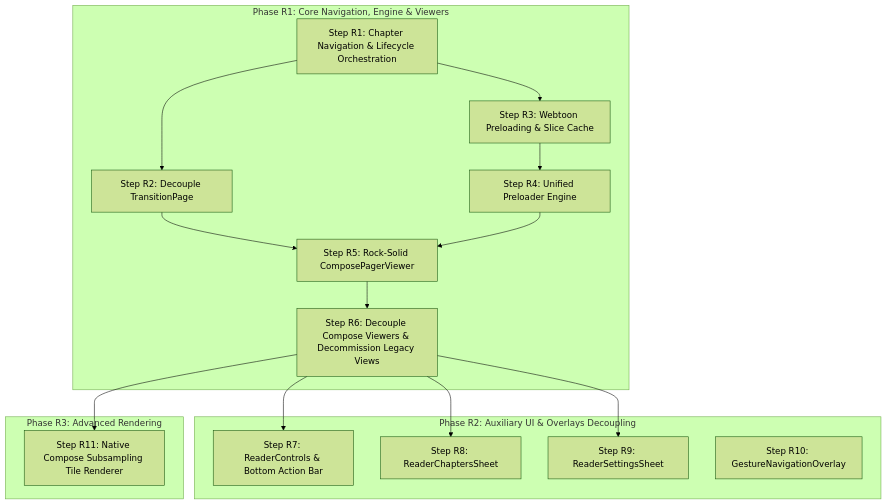
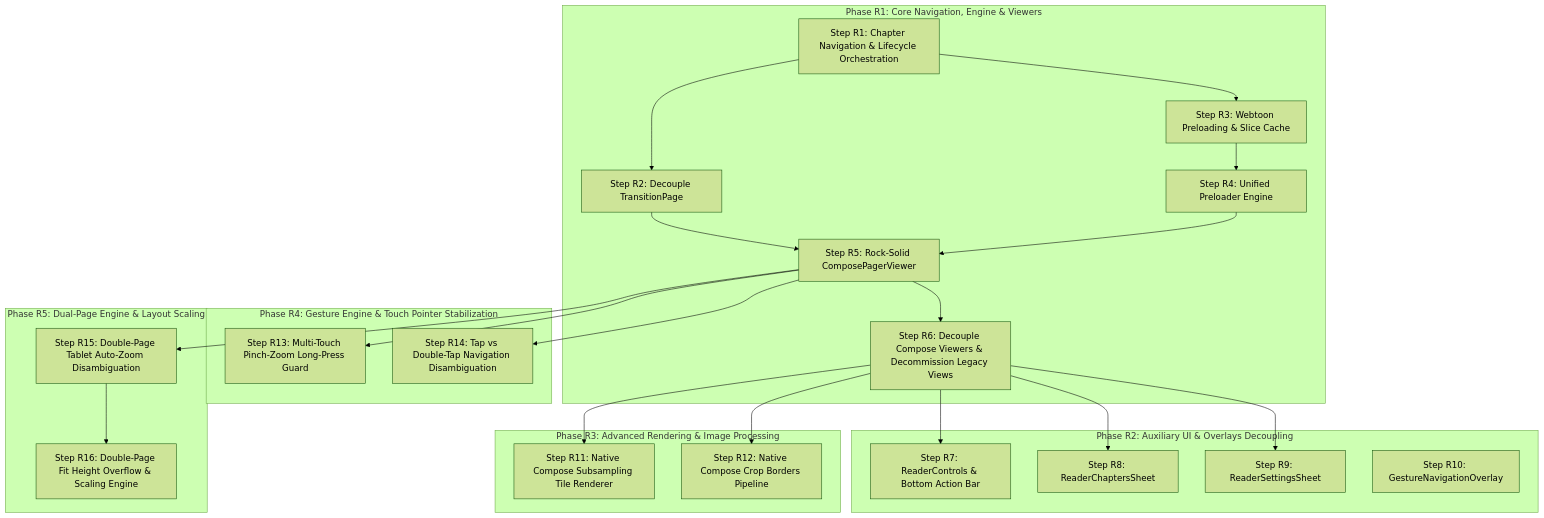
Before and after one commit to nekomangaorg/Neko: the first of 2 diagrams in docs/proposals/README.md, drawn with Mermaid (forest theme). The commit also changed other lines of this file and 31 other files, not shown here.

````diff
--- a/docs/proposals/README.md
+++ b/docs/proposals/README.md
@@ -20,33 +20,49 @@
 ```mermaid
 flowchart TD
     subgraph PR1["Phase R1: Core Navigation, Engine & Viewers"]
         R1["Step R1: Chapter Navigation & Lifecycle Orchestration"]
         R2["Step R2: Decouple TransitionPage"]
         R3["Step R3: Webtoon Preloading & Slice Cache"]
         R4["Step R4: Unified Preloader Engine"]
         R5["Step R5: Rock-Solid ComposePagerViewer"]
         R6["Step R6: Decouple Compose Viewers & Decommission Legacy Views"]
     end
 
     subgraph PR2["Phase R2: Auxiliary UI & Overlays Decoupling"]
         R7["Step R7: ReaderControls & Bottom Action Bar"]
         R8["Step R8: ReaderChaptersSheet"]
         R9["Step R9: ReaderSettingsSheet"]
         R10["Step R10: GestureNavigationOverlay"]
     end
 
-    subgraph PR3["Phase R3: Advanced Rendering"]
+    subgraph PR3["Phase R3: Advanced Rendering & Image Processing"]
         R11["Step R11: Native Compose Subsampling Tile Renderer"]
+        R12["Step R12: Native Compose Crop Borders Pipeline"]
+    end
+
+    subgraph PR4["Phase R4: Gesture Engine & Touch Pointer Stabilization"]
+        R13["Step R13: Multi-Touch Pinch-Zoom Long-Press Guard"]
+        R14["Step R14: Tap vs Double-Tap Navigation Disambiguation"]
+    end
+
+    subgraph PR5["Phase R5: Dual-Page Engine & Layout Scaling"]
+        R15["Step R15: Double-Page Tablet Auto-Zoom Disambiguation"]
+        R16["Step R16: Double-Page Fit Height Overflow & Scaling Engine"]
     end
 
     R1 --> R2
     R1 --> R3
     R3 --> R4
     R2 --> R5
     R4 --> R5
     R5 --> R6
+    R5 --> R13
+    R5 --> R14
+    R5 --> R15
+    R15 --> R16
     R6 --> R7
     R6 --> R8
     R6 --> R9
     R6 --> R11
+    R6 --> R12
 ```
````
